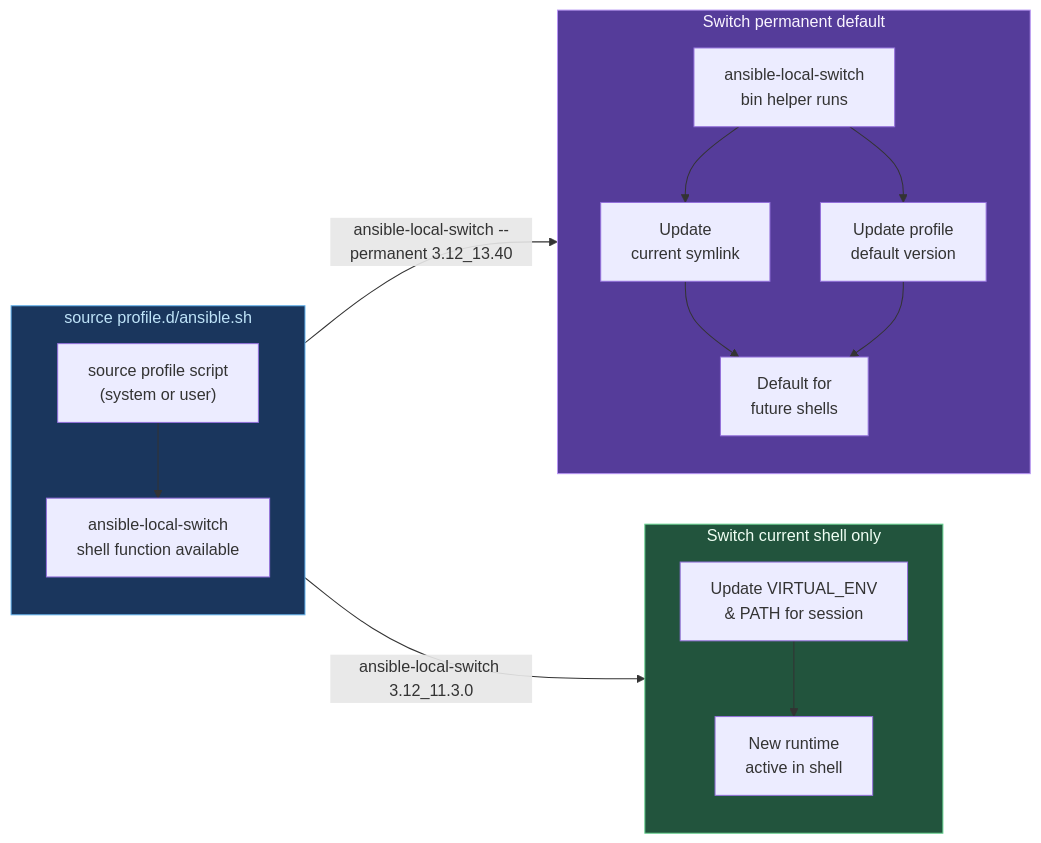
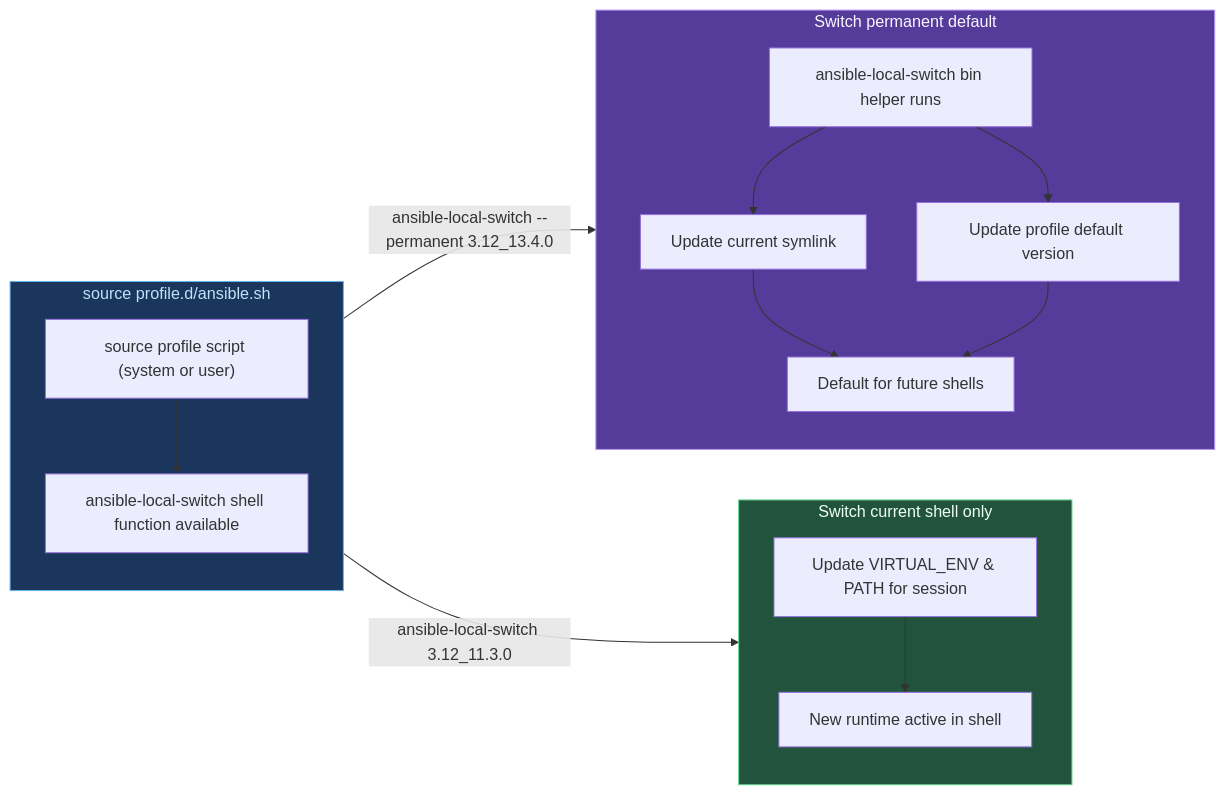
Before and after one commit to joe-speedboat/ansible.installer: the second of 2 diagrams in README.md, drawn with Mermaid. The commit also changed other lines of this file, not shown here.

First line of the commit message:
fix: flatten Mermaid node labels to single lines

````diff
--- a/README.md
+++ b/README.md
@@ -414,34 +376,26 @@
 ```mermaid
 flowchart LR
     subgraph SOURCE["source profile.d/ansible.sh"]
         direction TB
-        LoadProfile["source profile script
-(system or user)"] --> ShellFunc[ansible-local-switch
-shell function available]
+        LoadProfile["source profile script (system or user)"] --> ShellFunc["ansible-local-switch shell function available"]
     end
 
     subgraph SHELLSWITCH["Switch current shell only"]
         direction TB
-        ShellFunc -- "ansible-local-switch 3.12_11.3.0" --> UpdatePath["Update VIRTUAL_ENV
-& PATH for session"]
-        UpdatePath --> Active["New runtime
-active in shell"]
+        ShellFunc -- "ansible-local-switch 3.12_11.3.0" --> UpdatePath["Update VIRTUAL_ENV & PATH for session"]
+        UpdatePath --> Active["New runtime active in shell"]
     end
 
     subgraph PERMSWITCH["Switch permanent default"]
         direction TB
-        ShellFunc -- "ansible-local-switch --permanent 3.12_13.40" --> SwitchHelper["ansible-local-switch
-bin helper runs"]
-        SwitchHelper --> UpdateCurrent["Update
-current symlink"]
-        SwitchHelper --> UpdateProfile["Update profile
-default version"]
-        UpdateCurrent --> Persist["Default for
-future shells"]
+        ShellFunc -- "ansible-local-switch --permanent 3.12_13.4.0" --> SwitchHelper["ansible-local-switch bin helper runs"]
+        SwitchHelper --> UpdateCurrent["Update current symlink"]
+        SwitchHelper --> UpdateProfile["Update profile default version"]
+        UpdateCurrent --> Persist["Default for future shells"]
         UpdateProfile --> Persist
     end
 
     style SOURCE fill:#1a365d,stroke:#63b3ed,color:#bee3f8
     style SHELLSWITCH fill:#22543d,stroke:#68d391,color:#f0fff4
     style PERMSWITCH fill:#553c9a,stroke:#b794f4,color:#faf5ff
 ```
````
